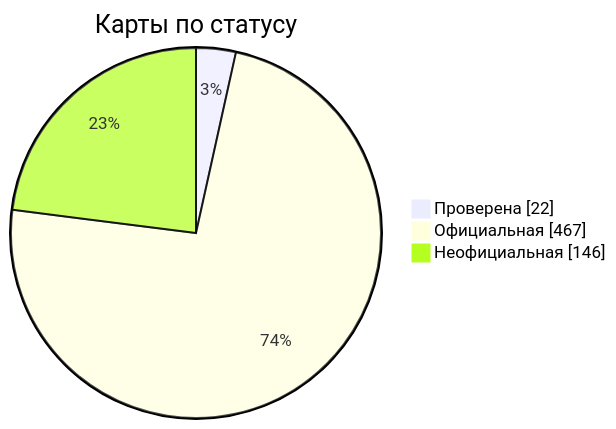
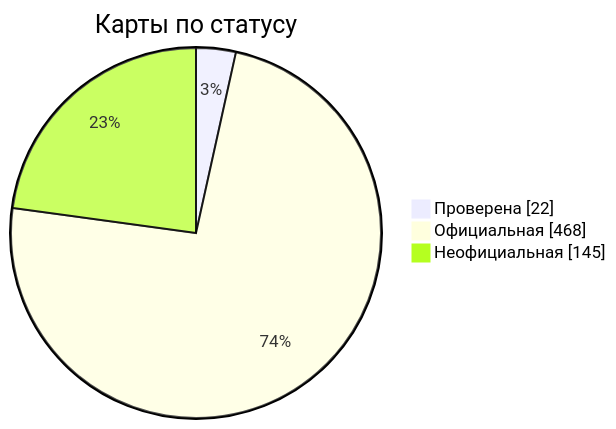
The diagram in docs/readme/README_RU.md (nobrega8/mbmap-library), drawn with Mermaid before and after one commit. The commit also changed 6 other files, not shown here.

````diff
--- a/docs/readme/README_RU.md
+++ b/docs/readme/README_RU.md
@@ -54,7 +54,7 @@
 ```mermaid
 pie showData
     title Карты по статусу
     "Проверена" : 22
-    "Официальная" : 467
-    "Неофициальная" : 146
+    "Официальная" : 468
+    "Неофициальная" : 145
 ```
````
